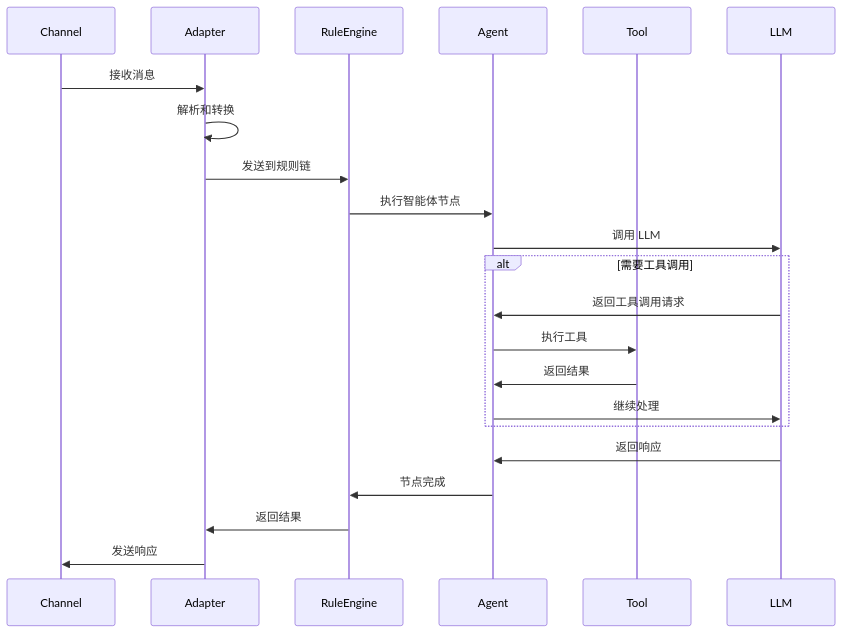
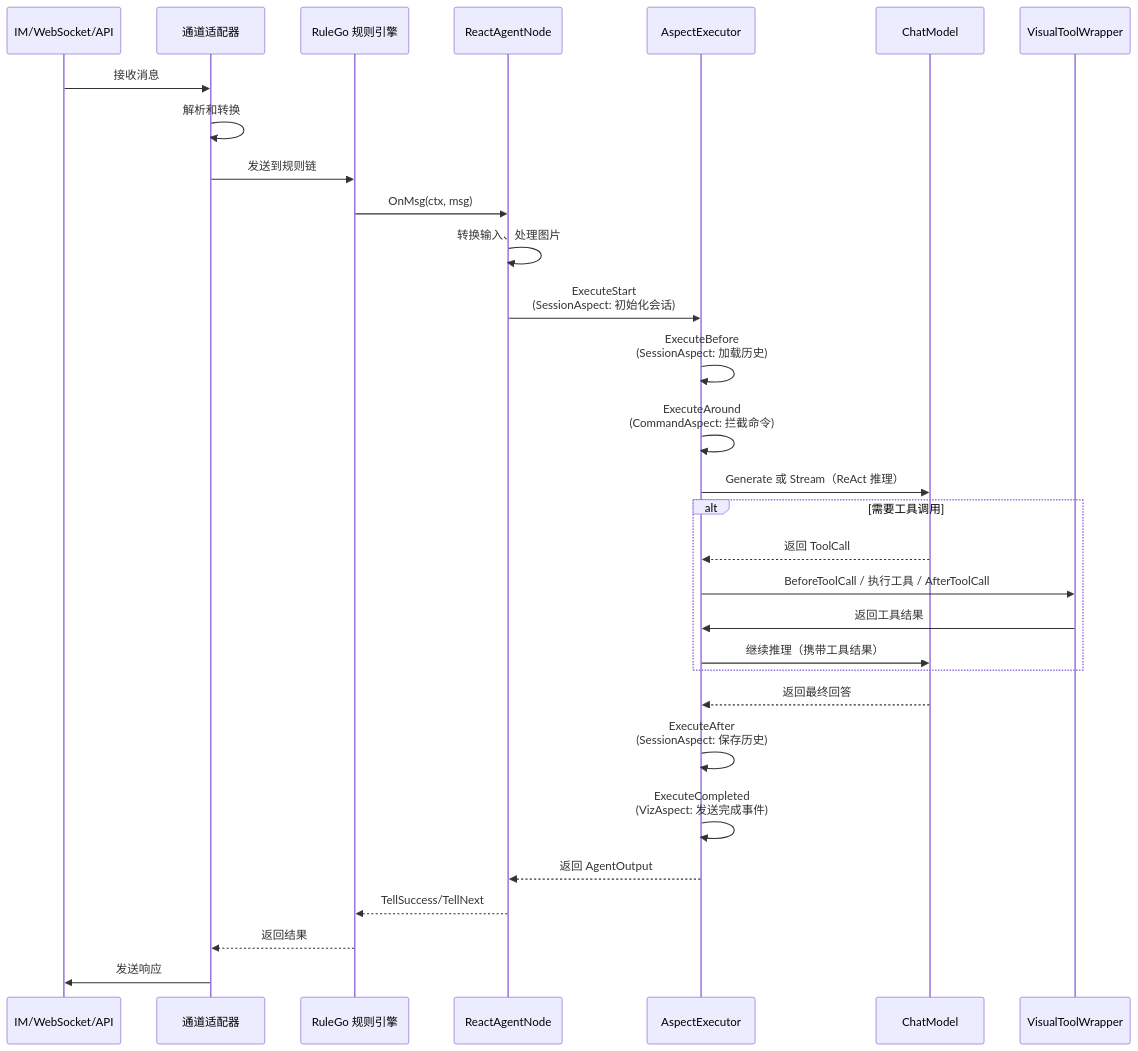
One commit to teambuf/tpclaw-doc changed the second of 2 diagrams in docs/guide/introduction/architecture.md. Above: the diagram before and after it, drawn with Mermaid. The commit also changed other lines of this file and 79 other files, not shown here.

First line of the commit message:
重构文档：基于截图重写教程，突出核心卖点

````diff
--- a/docs/guide/introduction/architecture.md
+++ b/docs/guide/introduction/architecture.md
@@ -169,27 +53,38 @@
 ```mermaid
 sequenceDiagram
-    participant Channel
-    participant Adapter
-    participant RuleEngine
-    participant Agent
-    participant Tool
-    participant LLM
+    participant Channel as IM/WebSocket/API
+    participant Adapter as 通道适配器
+    participant RuleGo as RuleGo 规则引擎
+    participant Agent as ReactAgentNode
+    participant Aspect as AspectExecutor
+    participant LLM as ChatModel
+    participant Tool as VisualToolWrapper
 
     Channel->>Adapter: 接收消息
     Adapter->>Adapter: 解析和转换
-    Adapter->>RuleEngine: 发送到规则链
-    RuleEngine->>Agent: 执行智能体节点
-    Agent->>LLM: 调用 LLM
+    Adapter->>RuleGo: 发送到规则链
+    RuleGo->>Agent: OnMsg(ctx, msg)
+    Agent->>Agent: 转换输入、处理图片
+    Agent->>Aspect: ExecuteStart<br/>(SessionAspect: 初始化会话)
+
+    Aspect->>Aspect: ExecuteBefore<br/>(SessionAspect: 加载历史)
+    Aspect->>Aspect: ExecuteAround<br/>(CommandAspect: 拦截命令)
+
+    Aspect->>LLM: Generate 或 Stream（ReAct 推理）
 
     alt 需要工具调用
-        LLM->>Agent: 返回工具调用请求
-        Agent->>Tool: 执行工具
-        Tool->>Agent: 返回结果
-        Agent->>LLM: 继续处理
+        LLM-->>Aspect: 返回 ToolCall
+        Aspect->>Tool: BeforeToolCall / 执行工具 / AfterToolCall
+        Tool->>Aspect: 返回工具结果
+        Aspect->>LLM: 继续推理（携带工具结果）
     end
 
-    LLM->>Agent: 返回响应
-    Agent->>RuleEngine: 节点完成
-    RuleEngine->>Adapter: 返回结果
+    LLM-->>Aspect: 返回最终回答
+    Aspect->>Aspect: ExecuteAfter<br/>(SessionAspect: 保存历史)
+    Aspect->>Aspect: ExecuteCompleted<br/>(VizAspect: 发送完成事件)
+
+    Aspect-->>Agent: 返回 AgentOutput
+    Agent-->>RuleGo: TellSuccess/TellNext
+    RuleGo-->>Adapter: 返回结果
     Adapter->>Channel: 发送响应
 ```
````
